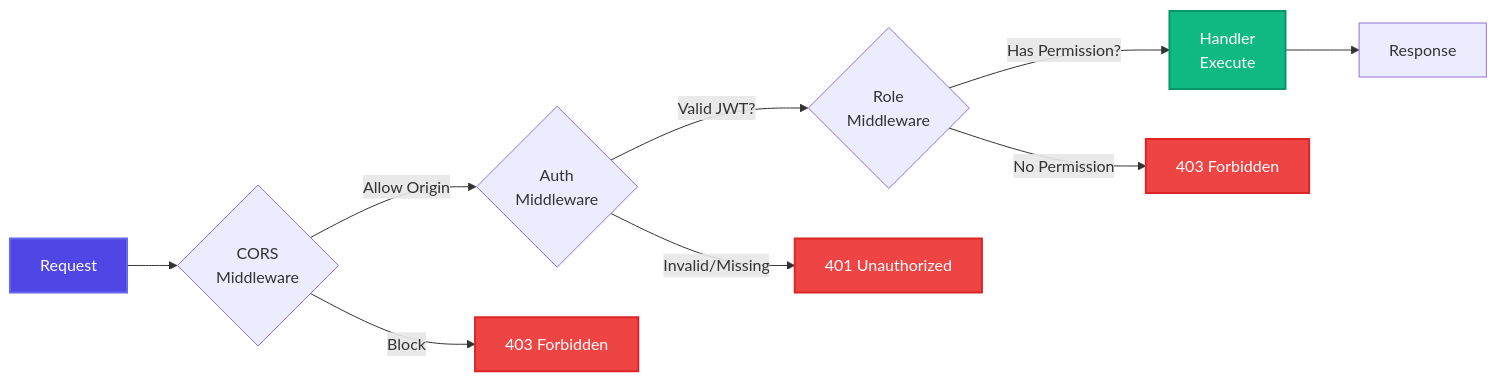
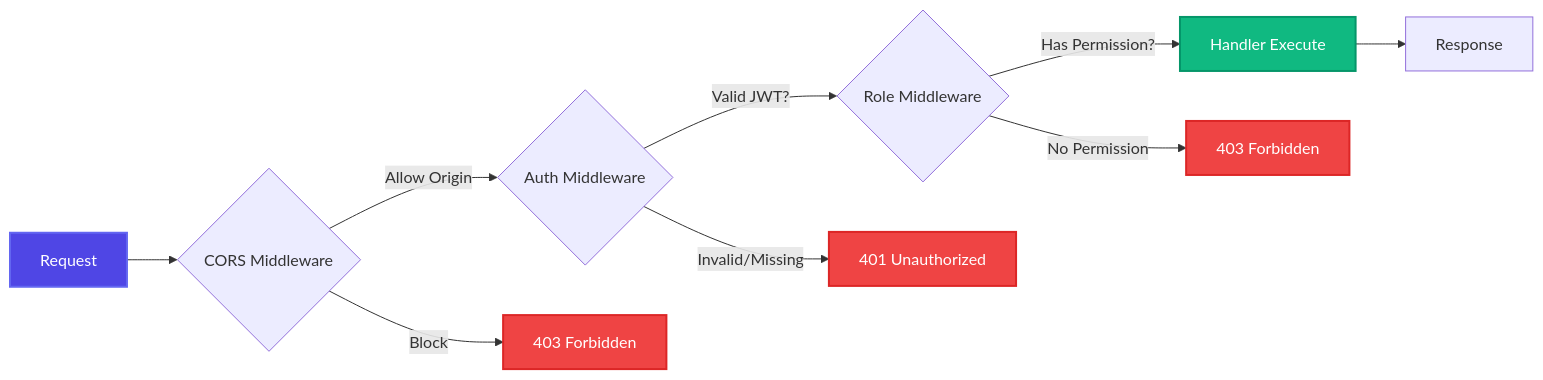
One commit to lEduFranco/test-prog changed the eighth of 8 diagrams in README.md. Above: the diagram before and after it, drawn with Mermaid. The commit also changed other lines of this file, not shown here.

Commit message:
fix: graph mermaid

````diff
--- a/README.md
+++ b/README.md
@@ -406,18 +406,18 @@
 ```mermaid
 graph LR
-    A[Request] --> B{CORS<br/>Middleware}
-    B -->|Allow Origin| C{Auth<br/>Middleware}
-    C -->|Valid JWT?| D{Role<br/>Middleware}
-    D -->|Has Permission?| E[Handler<br/>Execute]
+    A[Request] --> B{CORS Middleware}
+    B -->|Allow Origin| C{Auth Middleware}
+    C -->|Valid JWT?| D{Role Middleware}
+    D -->|Has Permission?| E[Handler Execute]
     E --> F[Response]
     
     B -->|Block| G[403 Forbidden]
     C -->|Invalid/Missing| H[401 Unauthorized]
     D -->|No Permission| I[403 Forbidden]
     
     style A fill:#4f46e5,stroke:#6366f1,stroke-width:2px,color:#fff
     style E fill:#10b981,stroke:#059669,stroke-width:2px,color:#fff
     style G fill:#ef4444,stroke:#dc2626,stroke-width:2px,color:#fff
     style H fill:#ef4444,stroke:#dc2626,stroke-width:2px,color:#fff
     style I fill:#ef4444,stroke:#dc2626,stroke-width:2px,color:#fff
 ```
````
